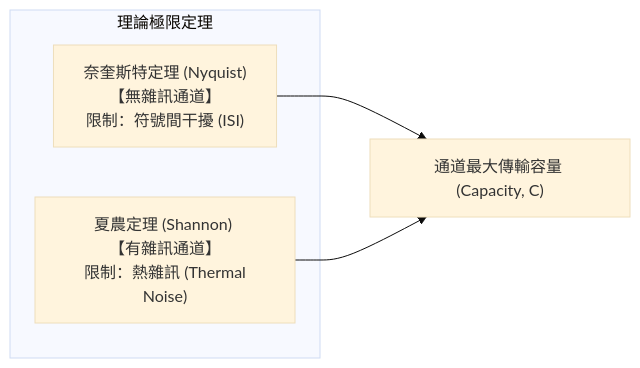
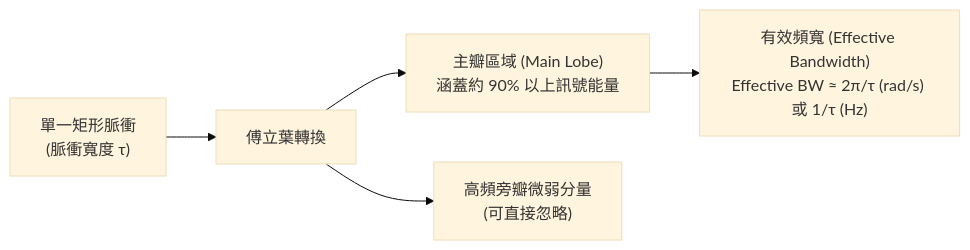
One commit to ralin3233/network-note changed the fourth of 4 diagrams in docs/physical-layer/bandwidth-and-capacity.md. Above: the diagram before and after it, drawn with Mermaid (base theme). The commit also changed other lines of this file and 9 other files, not shown here.

````diff
--- a/docs/physical-layer/bandwidth-and-capacity.md
+++ b/docs/physical-layer/bandwidth-and-capacity.md
@@ -94,9 +68,7 @@
 ```mermaid
 graph LR
-    subgraph 理論極限定理
-    N["奈奎斯特定理 (Nyquist) <br> 【無雜訊通道】 <br> 限制：符號間干擾 (ISI)"]
-    S["夏農定理 (Shannon) <br> 【有雜訊通道】 <br> 限制：熱雜訊 (Thermal Noise)"]
-    end
-    N --> CAP["通道最大傳輸容量 (Capacity, C)"]
-    S --> CAP
+    PULSE["單一矩形脈衝<br>(脈衝寬度 τ)"] --> FT["傅立葉轉換"]
+    FT --> MAIN["主瓣區域 (Main Lobe)<br>涵蓋約 90% 以上訊號能量"]
+    FT --> WEAK["高頻旁瓣微弱分量<br>(可直接忽略)"]
+    MAIN --> EFF["有效頻寬 (Effective Bandwidth)<br>Effective BW ≈ 2π/τ (rad/s) 或 1/τ (Hz)"]
 ```
````
